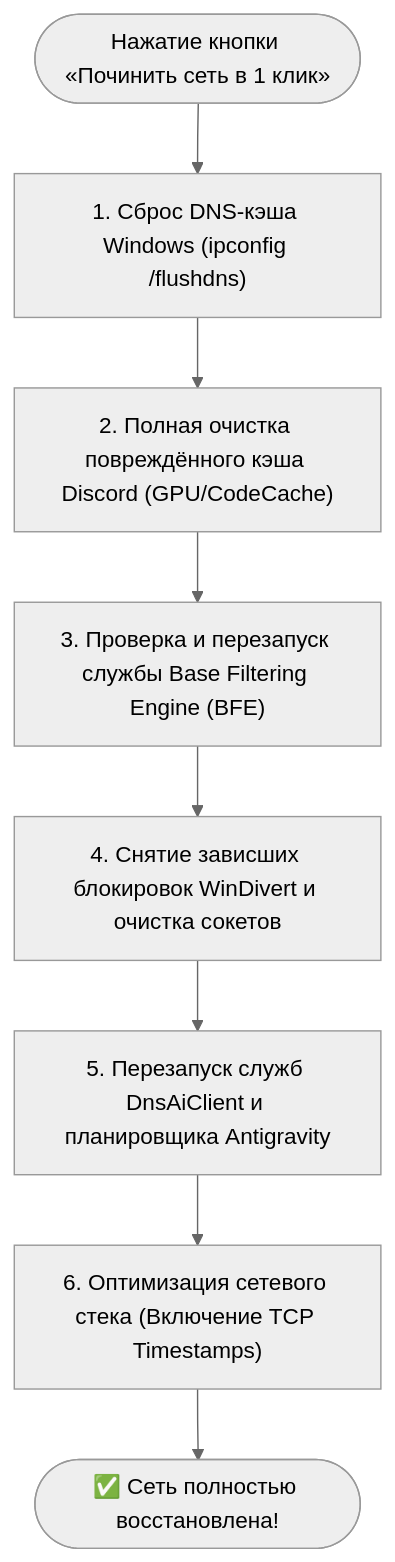
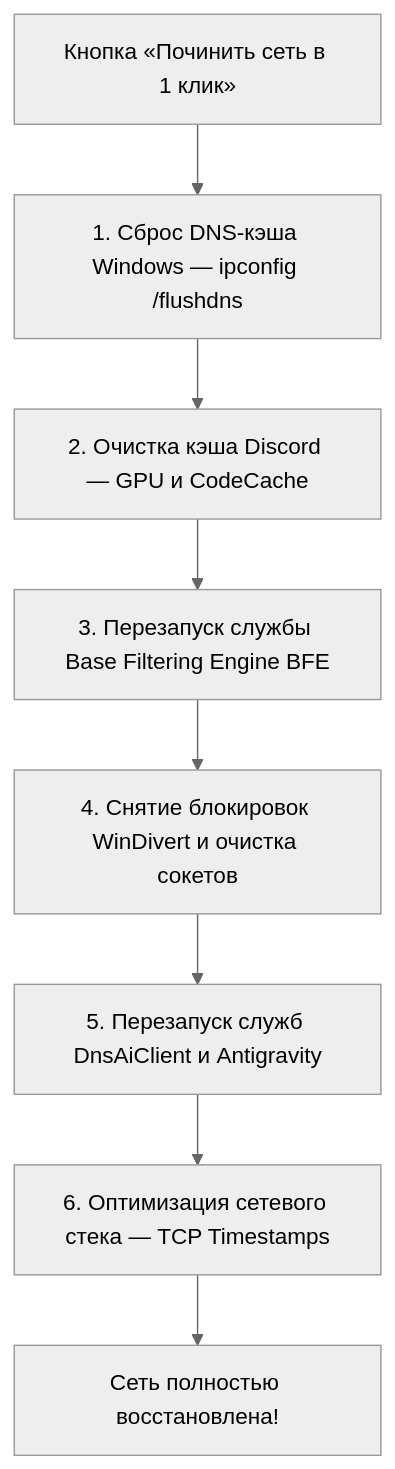
Before and after one commit to GhosterAI/GhosterNetApp: the fifth of 6 diagrams in README.md, drawn with Mermaid (neutral theme). The commit also changed other lines of this file, not shown here.

Commit message:
fix(docs): resolve Mermaid syntax parse error in architecture diagrams

````diff
--- a/README.md
+++ b/README.md
@@ -212,10 +212,10 @@
 ```mermaid
 flowchart TD
-    Click(["Нажатие кнопки «Починить сеть в 1 клик»"]) --> Step1["1. Сброс DNS-кэша Windows (ipconfig /flushdns)"]
-    Step1 --> Step2["2. Полная очистка повреждённого кэша Discord (GPU/CodeCache)"]
-    Step2 --> Step3["3. Проверка и перезапуск службы Base Filtering Engine (BFE)"]
-    Step3 --> Step4["4. Снятие зависших блокировок WinDivert и очистка сокетов"]
-    Step4 --> Step5["5. Перезапуск служб DnsAiClient и планировщика Antigravity"]
-    Step5 --> Step6["6. Оптимизация сетевого стека (Включение TCP Timestamps)"]
-    Step6 --> Done(["✅ Сеть полностью восстановлена!"])
+    Click["Кнопка «Починить сеть в 1 клик»"] --> Step1["1. Сброс DNS-кэша Windows — ipconfig /flushdns"]
+    Step1 --> Step2["2. Очистка кэша Discord — GPU и CodeCache"]
+    Step2 --> Step3["3. Перезапуск службы Base Filtering Engine BFE"]
+    Step3 --> Step4["4. Снятие блокировок WinDivert и очистка сокетов"]
+    Step4 --> Step5["5. Перезапуск служб DnsAiClient и Antigravity"]
+    Step5 --> Step6["6. Оптимизация сетевого стека — TCP Timestamps"]
+    Step6 --> Done["Сеть полностью восстановлена!"]
 ```
````
